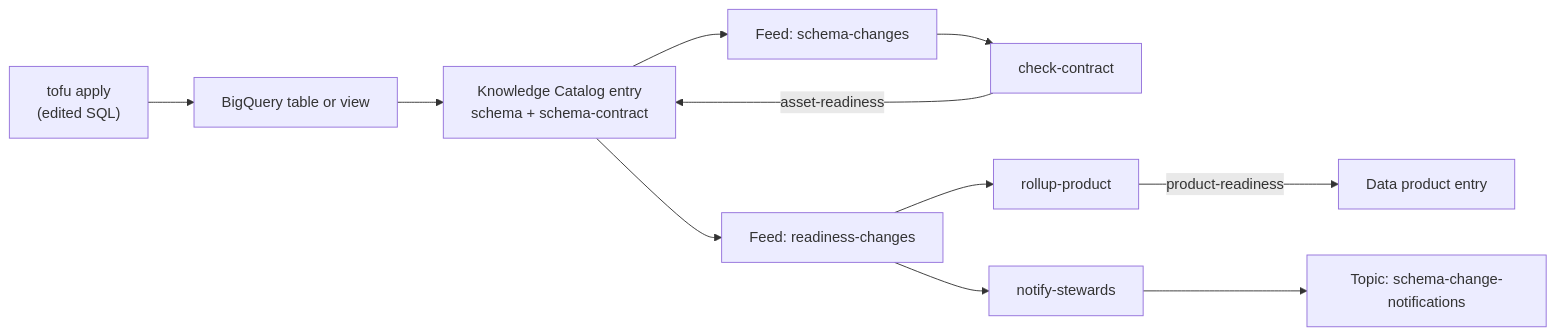
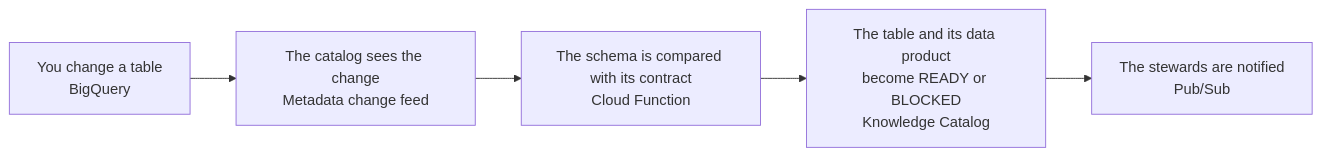
One commit to gCloud-Tech-Showcase/datacloud-metadata-feed changed the diagram in README.md. Above: the diagram before and after it, drawn with Mermaid. The commit also changed other lines of this file and 1 other file, not shown here.

Commit message:
Show what happens to a schema change in the README diagram
The old diagram mixed components, data flow and the readiness feed loop, with function names a new reader has not met yet. The README now answers one question, what happens when you change a table, in five steps with the product behind each. The wiring and the call order stay in docs/architecture.md, where each diagram now says which question it answers.

````diff
--- a/README.md
+++ b/README.md
@@ -16,13 +18,7 @@
 ```mermaid
 flowchart LR
-    TF["tofu apply<br/>(edited SQL)"] --> BQ["BigQuery table or view"]
-    BQ --> KC["Knowledge Catalog entry<br/>schema + schema-contract"]
-    KC --> F1["Feed: schema-changes"]
-    F1 --> CC["check-contract"]
-    CC -->|"asset-readiness"| KC
-    KC --> F2["Feed: readiness-changes"]
-    F2 --> RP["rollup-product"]
-    RP -->|"product-readiness"| DP["Data product entry"]
-    F2 --> NS["notify-stewards"]
-    NS --> NT["Topic: schema-change-notifications"]
+    A["You change a table<br/>BigQuery"] --> B["The catalog sees the change<br/>Metadata change feed"]
+    B --> C["The schema is compared with its contract<br/>Cloud Function"]
+    C --> D["The table and its data product<br/>become READY or BLOCKED<br/>Knowledge Catalog"]
+    D --> E["The stewards are notified<br/>Pub/Sub"]
 ```
````
